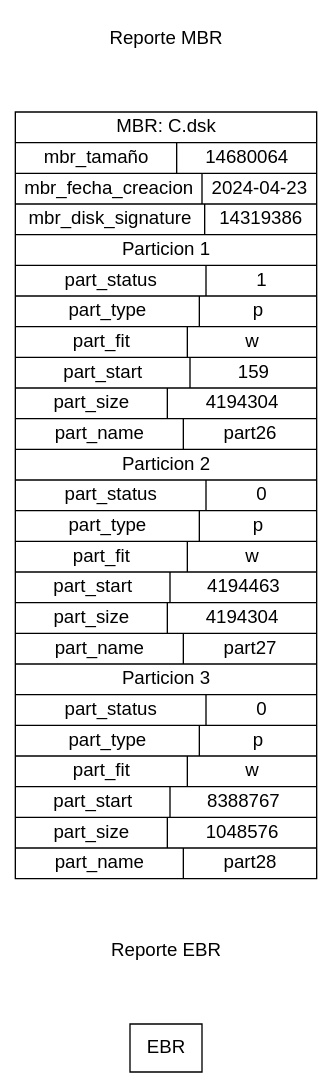
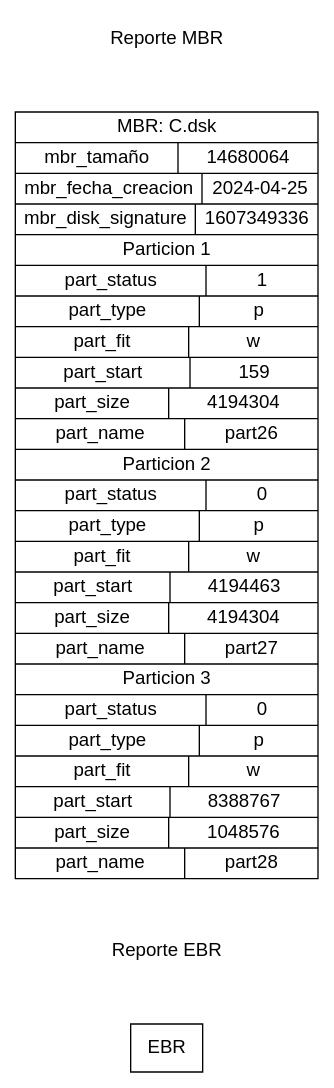
Before and after one commit to AlejandroIngenieria/MIA_P2_201712602: the diagram in backend/Reports/mbr_rep.dot, drawn with Graphviz. The commit also changed 30 other files, not shown here.

```diff
--- a/backend/Reports/mbr_rep.dot
+++ b/backend/Reports/mbr_rep.dot
@@ -1,50 +1,50 @@
 
 		digraph G {
  			fontname="Helvetica,Arial,sans-serif"
 			node [fontname="Helvetica,Arial,sans-serif"]
 			edge [fontname="Helvetica,Arial,sans-serif"]
 			concentrate=True;
 			rankdir=TB;
 			node [shape=record];
 
 			title [label="Reporte MBR" shape=plaintext fontname="Helvetica,Arial,sans-serif"];
 
   			mbr[label="
 				{MBR: C.dsk|
 					{mbr_tamaño|14680064}
-					|{mbr_fecha_creacion|2024-04-23}
-					|{mbr_disk_signature|14319386}
+					|{mbr_fecha_creacion|2024-04-25}
+					|{mbr_disk_signature|1607349336}
 								
 		|Particion 1
 		|{part_status|1}
 		|{part_type|p}
 		|{part_fit|w}
 		|{part_start|159}
 		|{part_size|4194304}
 		|{part_name|part26}
 		|Particion 2
 		|{part_status|0}
 		|{part_type|p}
 		|{part_fit|w}
 		|{part_start|4194463}
 		|{part_size|4194304}
 		|{part_name|part27}
 		|Particion 3
 		|{part_status|0}
 		|{part_type|p}
 		|{part_fit|w}
 		|{part_start|8388767}
 		|{part_size|1048576}
 		|{part_name|part28}
 				}
 			"];
 			title2 [label="Reporte EBR" shape=plaintext fontname="Helvetica,Arial,sans-serif"];
 			
 			ebr[label="
 				{EBR}
 			"];
 
 			title -> mbr [style=invis];
     		mbr -> title2[style=invis];
 			title2 -> ebr[style=invis];
 		}
```
